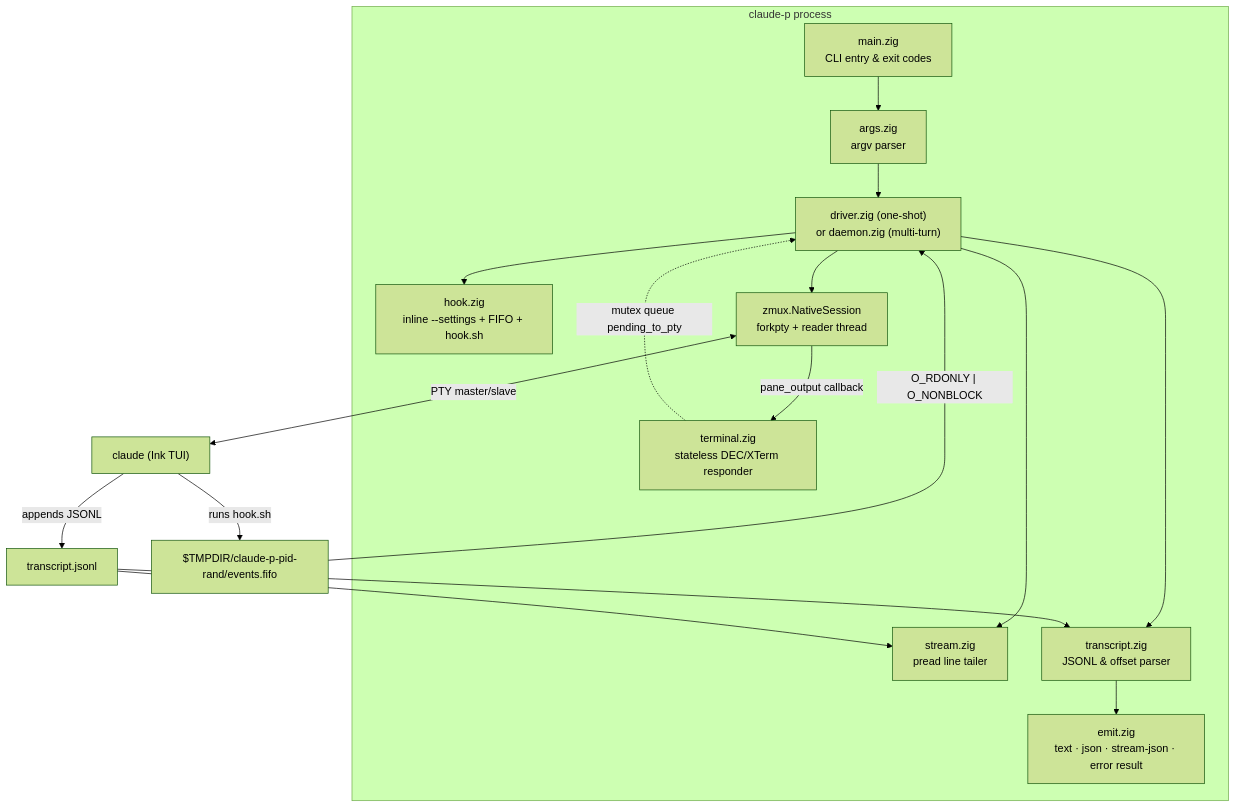
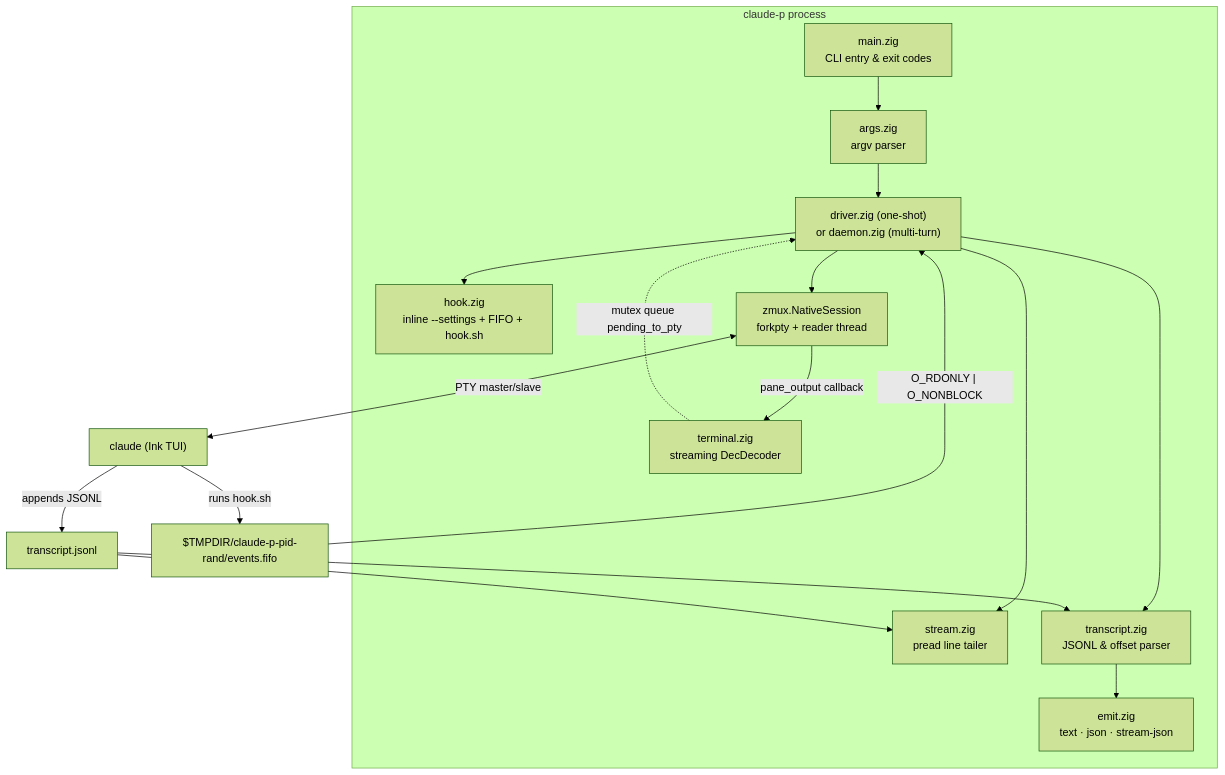
The diagram in SPEC.md (smithersai/claude-p), drawn with Mermaid (forest theme) before and after one commit. The commit also changed other lines of this file and 67 other files, not shown here.

````diff
--- a/SPEC.md
+++ b/SPEC.md
@@ -35,21 +38,21 @@
 ```mermaid
 flowchart TB
     subgraph Process["claude-p process"]
         Main["main.zig<br/>CLI entry & exit codes"] --> Args["args.zig<br/>argv parser"]
         Args --> Driver["driver.zig (one-shot)<br/>or daemon.zig (multi-turn)"]
         Driver --> Hook["hook.zig<br/>inline --settings + FIFO + hook.sh"]
         Driver --> Zmux["zmux.NativeSession<br/>forkpty + reader thread"]
-        Zmux -->|"pane_output callback"| Term["terminal.zig<br/>stateless DEC/XTerm responder"]
+        Zmux -->|"pane_output callback"| Term["terminal.zig<br/>streaming DecDecoder"]
         Term -.->|"mutex queue pending_to_pty"| Driver
         Driver --> Tail["stream.zig<br/>pread line tailer"]
         Driver --> Parse["transcript.zig<br/>JSONL & offset parser"]
-        Parse --> Emit["emit.zig<br/>text · json · stream-json · error result"]
+        Parse --> Emit["emit.zig<br/>text · json · stream-json"]
     end
 
     Zmux <-->|"PTY master/slave"| Child["claude (Ink TUI)"]
     Child -->|"runs hook.sh"| FIFO["$TMPDIR/claude-p-pid-rand/events.fifo"]
     FIFO -->|"O_RDONLY | O_NONBLOCK"| Driver
     Child -->|"appends JSONL"| File["transcript.jsonl"]
     File --> Tail
     File --> Parse
 ```
````
